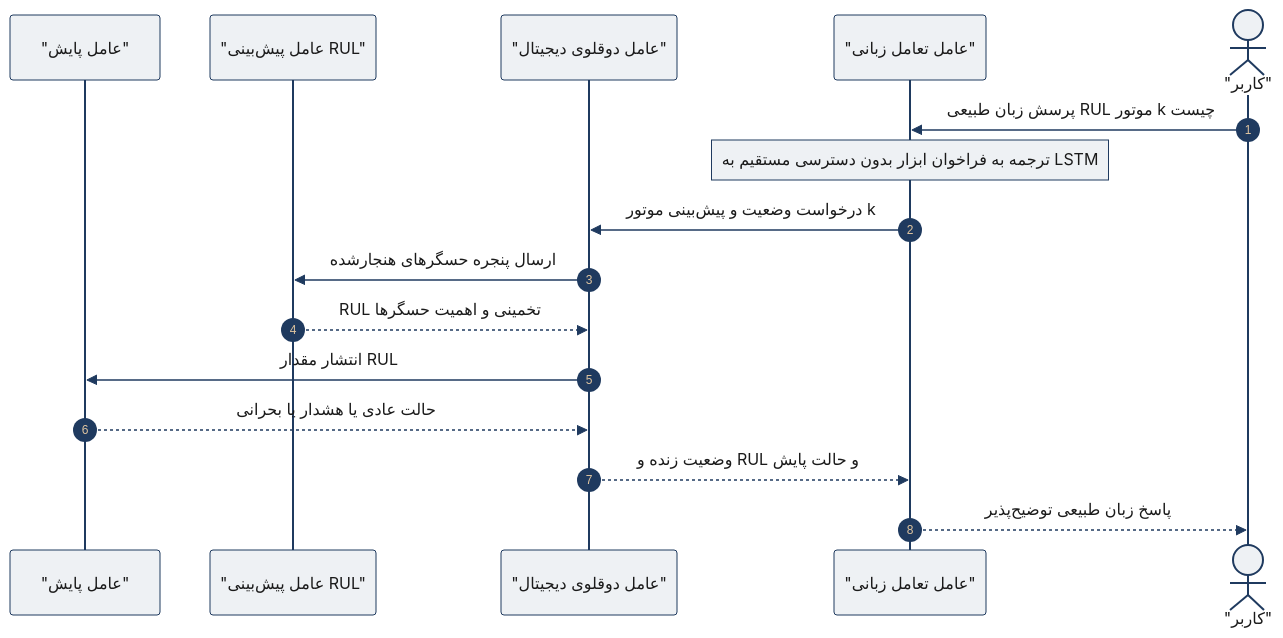
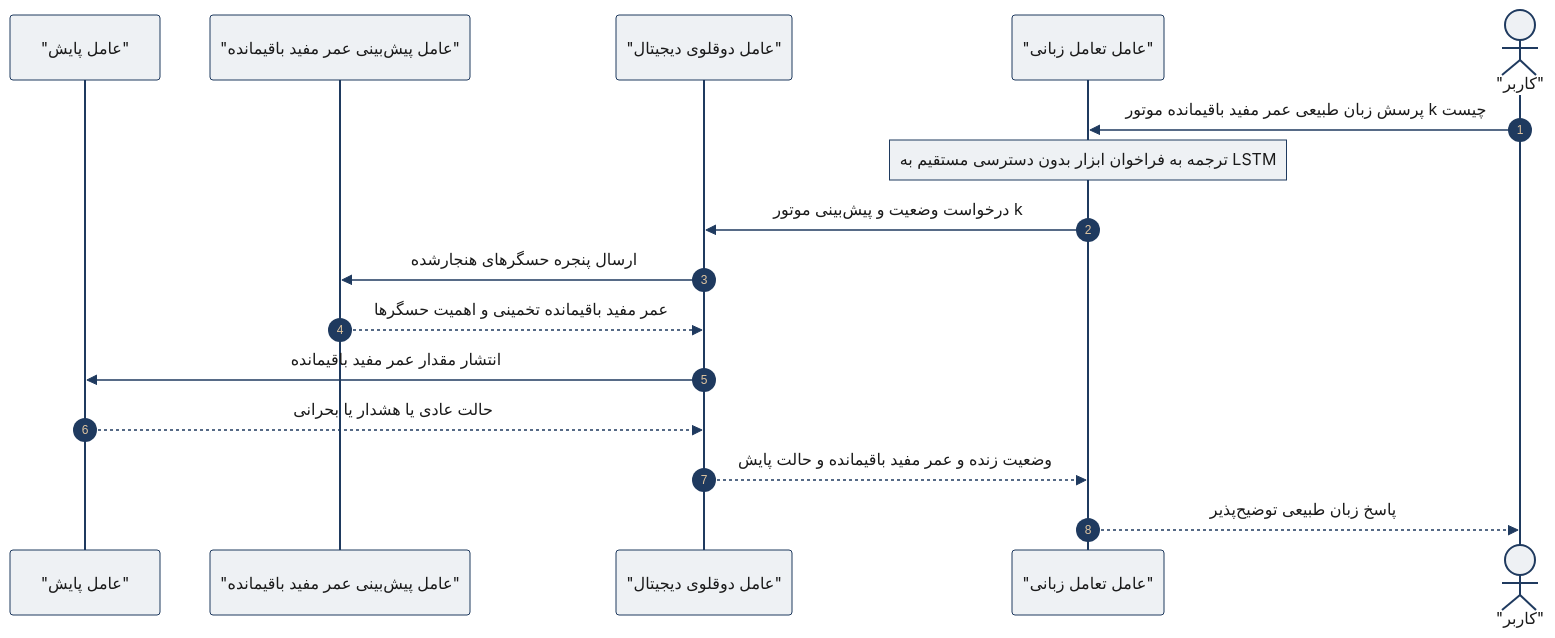
Before and after one commit to navidnasyry/MasterAsCode: the first of 3 diagrams in Writing/Theses/IUT_Theses/images/arch_sequence.md, drawn with Mermaid. The commit also changed other lines of this file and 46 other files, not shown here.

````diff
--- a/Writing/Theses/IUT_Theses/images/arch_sequence.md
+++ b/Writing/Theses/IUT_Theses/images/arch_sequence.md
@@ -7,36 +7,36 @@
 ```mermaid
 ---
 config:
   theme: base
   themeVariables:
     primaryColor: "#eef1f4"
     primaryTextColor: "#1a1a1a"
     primaryBorderColor: "#1f3a5f"
     lineColor: "#1f3a5f"
     actorBkg: "#eef1f4"
     actorBorder: "#1f3a5f"
     actorTextColor: "#1a1a1a"
     signalColor: "#1f3a5f"
     signalTextColor: "#1a1a1a"
     noteBkgColor: "#eef1f4"
     noteBorderColor: "#1f3a5f"
     noteTextColor: "#1a1a1a"
 ---
 sequenceDiagram
     autonumber
     participant M as "عامل پایش"
-    participant P as "عامل پیش‌بینی RUL"
+    participant P as "عامل پیش‌بینی عمر مفید باقیمانده"
     participant D as "عامل دوقلوی دیجیتال"
     participant L as "عامل تعامل زبانی"
     actor U as "کاربر"
 
-    U->>L: پرسش زبان طبیعی RUL موتور k چیست
+    U->>L: پرسش زبان طبیعی عمر مفید باقیمانده موتور k چیست
     Note over L: ترجمه به فراخوان ابزار بدون دسترسی مستقیم به LSTM
     L->>D: درخواست وضعیت و پیش‌بینی موتور k
     D->>P: ارسال پنجره حسگرهای هنجارشده
-    P-->>D: RUL تخمینی و اهمیت حسگرها
-    D->>M: انتشار مقدار RUL
+    P-->>D: عمر مفید باقیمانده تخمینی و اهمیت حسگرها
+    D->>M: انتشار مقدار عمر مفید باقیمانده
     M-->>D: حالت عادی یا هشدار یا بحرانی
-    D-->>L: وضعیت زنده و RUL و حالت پایش
+    D-->>L: وضعیت زنده و عمر مفید باقیمانده و حالت پایش
     L-->>U: پاسخ زبان طبیعی توضیح‌پذیر
 ```
````
